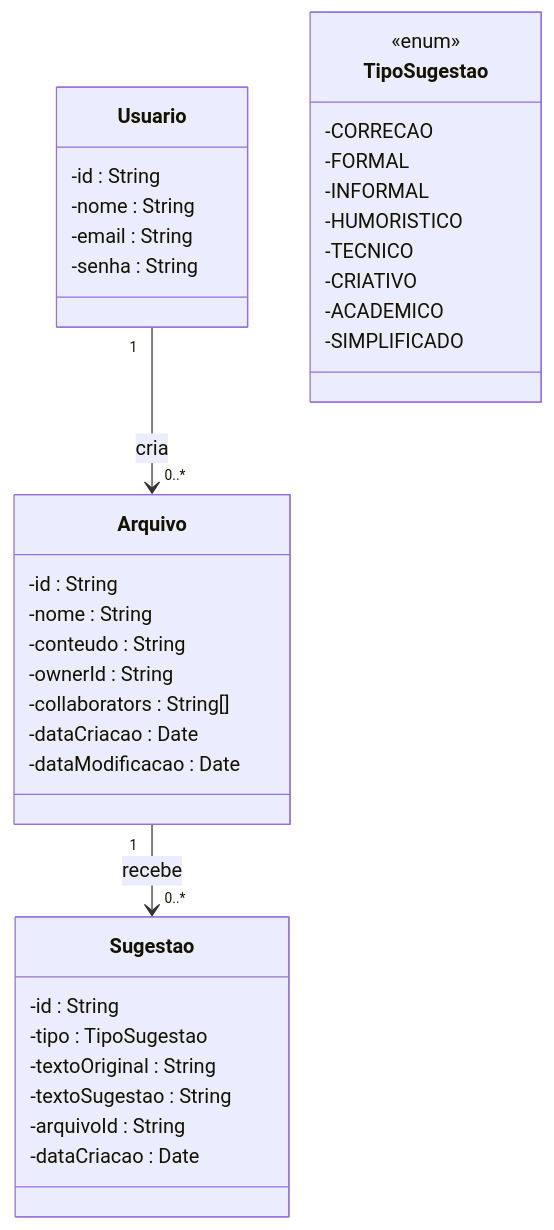
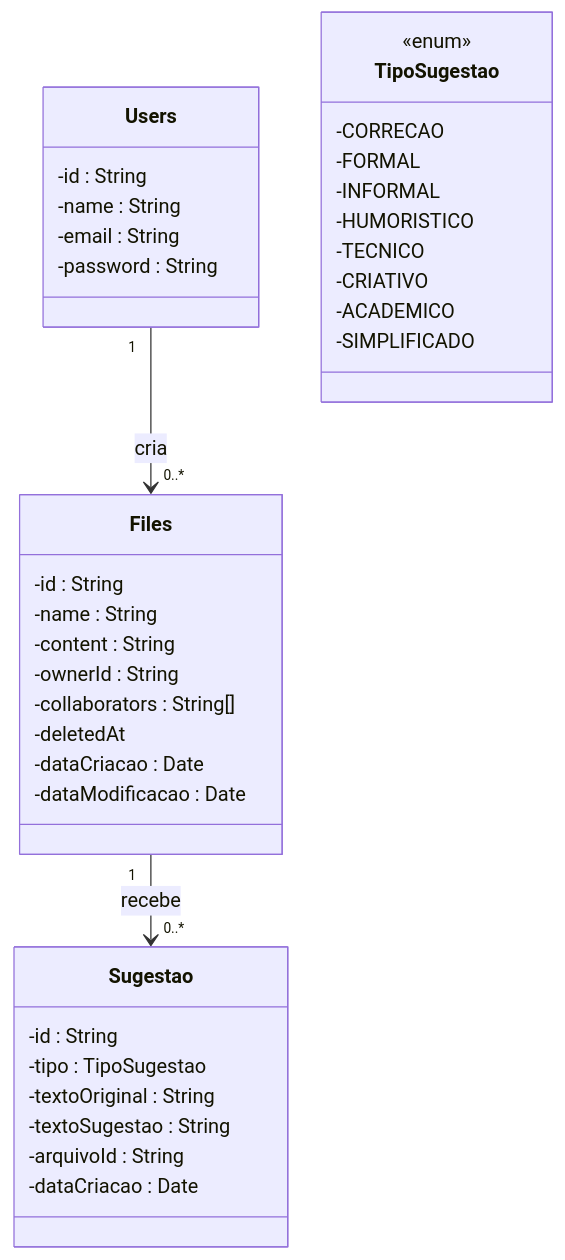
The diagram in README.md (ai-editor-web/ai-editor-backend), drawn with Mermaid before and after one commit.

````diff
--- a/README.md
+++ b/README.md
@@ -48,44 +48,45 @@
 ``` mermaid
 classDiagram
-    class Usuario {
+    class Users {
         -id : String
-        -nome : String
+        -name : String
         -email : String
-        -senha : String
+        -password : String
     }
 
-    class Arquivo {
+    class Files {
         -id : String
-        -nome : String
-        -conteudo : String
+        -name : String
+        -content : String
         -ownerId : String
         -collaborators : String[]
+        -deletedAt
         -dataCriacao : Date
         -dataModificacao : Date
     }
 
     class Sugestao {
         -id : String
         -tipo : TipoSugestao
         -textoOriginal : String
         -textoSugestao : String
         -arquivoId : String
         -dataCriacao : Date
     }
 
     class TipoSugestao {
         <<enum>>
         -CORRECAO
         -FORMAL
         -INFORMAL
         -HUMORISTICO
         -TECNICO
         -CRIATIVO
         -ACADEMICO
         -SIMPLIFICADO
     }
 
     %% Relacionamentos
-    Usuario "1" --> "0..*" Arquivo : cria
-    Arquivo "1" --> "0..*" Sugestao : recebe
+    Users "1" --> "0..*" Files : cria
+    Files "1" --> "0..*" Sugestao : recebe
 ```
````
